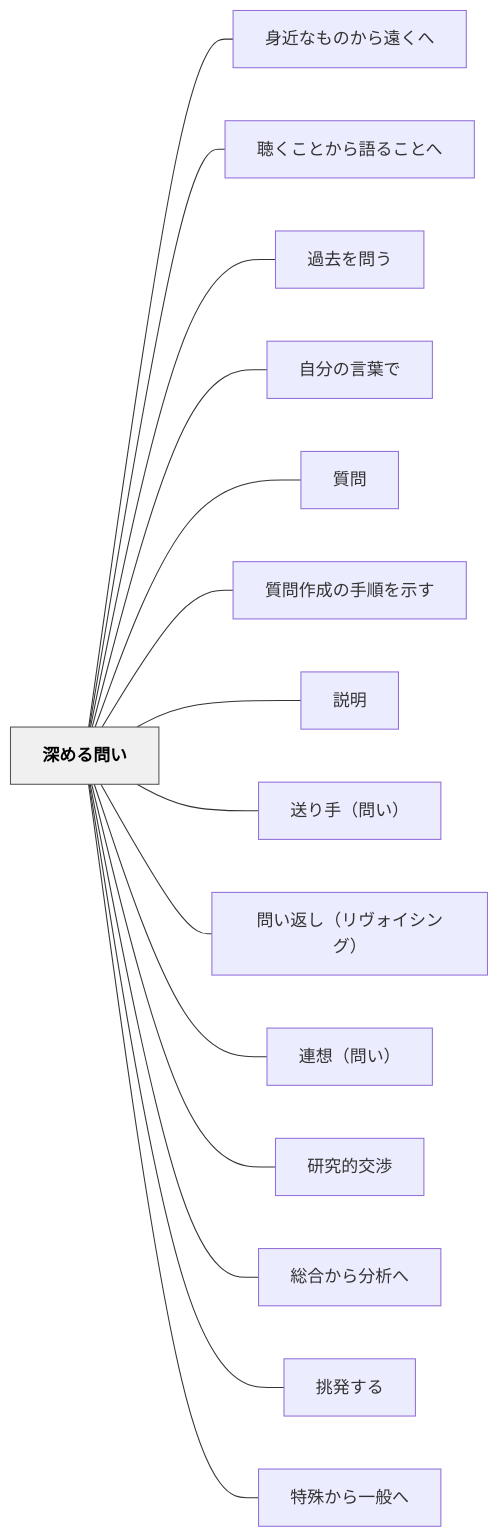
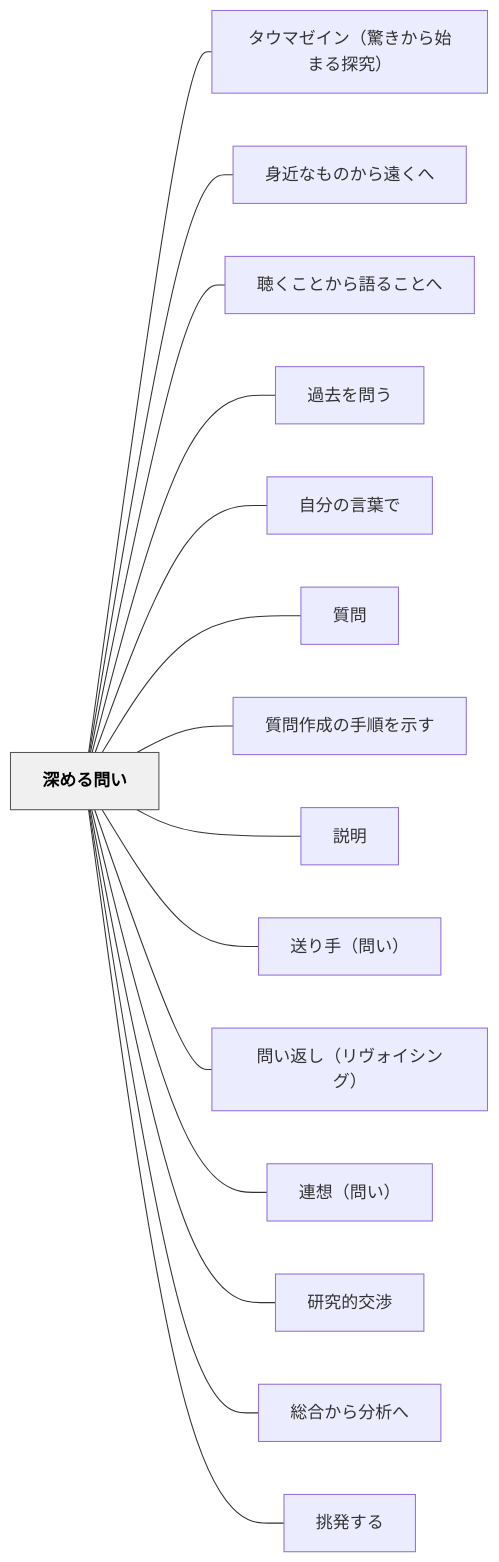
One commit to unknownthings-ed-patterns/unknownthings-ed-patterns changed the diagram in content/パタン/深める問い.md. Above: the diagram before and after it, drawn with Mermaid. The commit also changed other lines of this file and 17 other files, not shown here.

````diff
--- a/content/パタン/深める問い.md
+++ b/content/パタン/深める問い.md
@@ -115,36 +116,36 @@
 ```mermaid
 flowchart LR
     ne6b7b1e38281e3828be5958fe38184["深める問い"]
+    ne382bfe382a6e3839ee382bce382a4e383b3efbc88e9a99ae3818de3818be38289e5a78be381bee3828be68ea2e7a9b6efbc89["タウマゼイン（驚きから始まる探究）"]
     ne8baabe8bf91e381aae38282e381aee3818be38289e981a0e3818fe381b8["身近なものから遠くへ"]
     ne881b4e3818fe38193e381a8e3818be38289e8aa9ee3828be38193e381a8e381b8["聴くことから語ることへ"]
     ne9818ee58ebbe38292e5958fe38186["過去を問う"]
     ne887aae58886e381aee8a880e89189e381a7["自分の言葉で"]
     ne8b3aae5958f["質問"]
     ne8b3aae5958fe4bd9ce68890e381aee6898be9a086e38292e7a4bae38199["質問作成の手順を示す"]
     ne8aaace6988e["説明"]
     ne98081e3828ae6898befbc88e5958fe38184efbc89["送り手（問い）"]
     ne5958fe38184e8bf94e38197efbc88e383aae383b4e382a9e382a4e382b7e383b3e382b0efbc89["問い返し（リヴォイシング）"]
     ne980a3e683b3efbc88e5958fe38184efbc89["連想（問い）"]
     ne7a094e7a9b6e79a84e4baa4e6b889["研究的交渉"]
     ne7b78fe59088e3818be38289e58886e69e90e381b8["総合から分析へ"]
     ne68c91e799bae38199e3828b["挑発する"]
-    ne789b9e6ae8ae3818be38289e4b880e888ace381b8["特殊から一般へ"]
 
+    ne6b7b1e38281e3828be5958fe38184 --- ne382bfe382a6e3839ee382bce382a4e383b3efbc88e9a99ae3818de3818be38289e5a78be381bee3828be68ea2e7a9b6efbc89
     ne6b7b1e38281e3828be5958fe38184 --- ne8baabe8bf91e381aae38282e381aee3818be38289e981a0e3818fe381b8
     ne6b7b1e38281e3828be5958fe38184 --- ne881b4e3818fe38193e381a8e3818be38289e8aa9ee3828be38193e381a8e381b8
     ne6b7b1e38281e3828be5958fe38184 --- ne9818ee58ebbe38292e5958fe38186
     ne6b7b1e38281e3828be5958fe38184 --- ne887aae58886e381aee8a880e89189e381a7
     ne6b7b1e38281e3828be5958fe38184 --- ne8b3aae5958f
     ne6b7b1e38281e3828be5958fe38184 --- ne8b3aae5958fe4bd9ce68890e381aee6898be9a086e38292e7a4bae38199
     ne6b7b1e38281e3828be5958fe38184 --- ne8aaace6988e
     ne6b7b1e38281e3828be5958fe38184 --- ne98081e3828ae6898befbc88e5958fe38184efbc89
     ne6b7b1e38281e3828be5958fe38184 --- ne5958fe38184e8bf94e38197efbc88e383aae383b4e382a9e382a4e382b7e383b3e382b0efbc89
     ne6b7b1e38281e3828be5958fe38184 --- ne980a3e683b3efbc88e5958fe38184efbc89
     ne6b7b1e38281e3828be5958fe38184 --- ne7a094e7a9b6e79a84e4baa4e6b889
     ne6b7b1e38281e3828be5958fe38184 --- ne7b78fe59088e3818be38289e58886e69e90e381b8
     ne6b7b1e38281e3828be5958fe38184 --- ne68c91e799bae38199e3828b
-    ne6b7b1e38281e3828be5958fe38184 --- ne789b9e6ae8ae3818be38289e4b880e888ace381b8
 
     classDef hub fill:#f0f0f0,stroke:#555,color:#000,font-weight:bold
     class ne6b7b1e38281e3828be5958fe38184 hub
 ```
````
